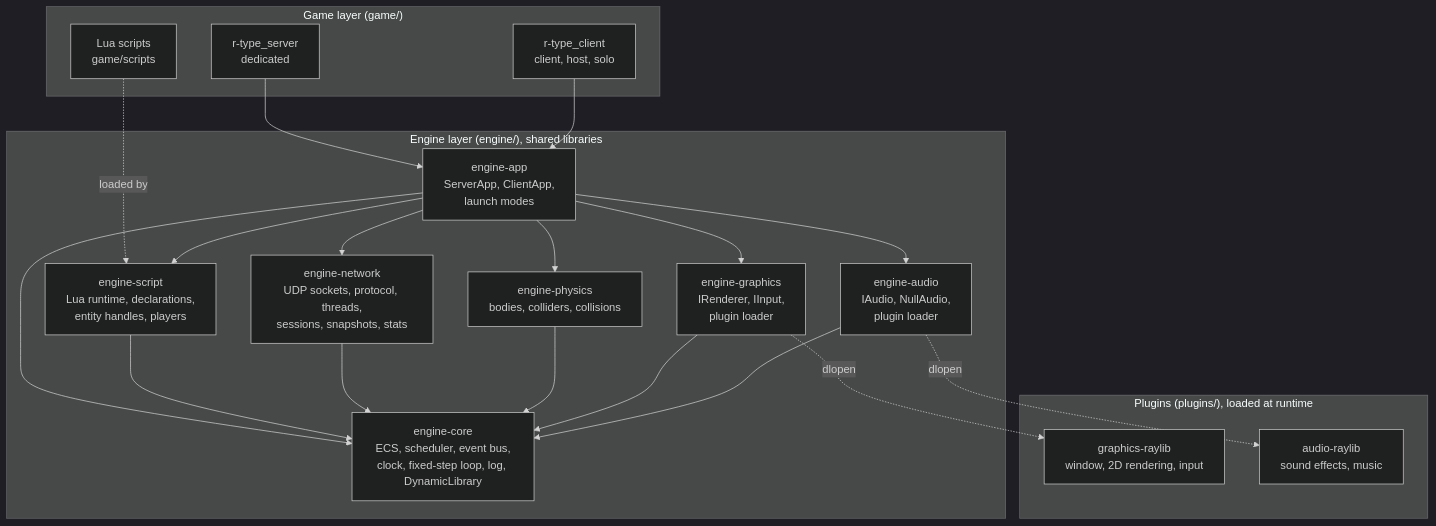
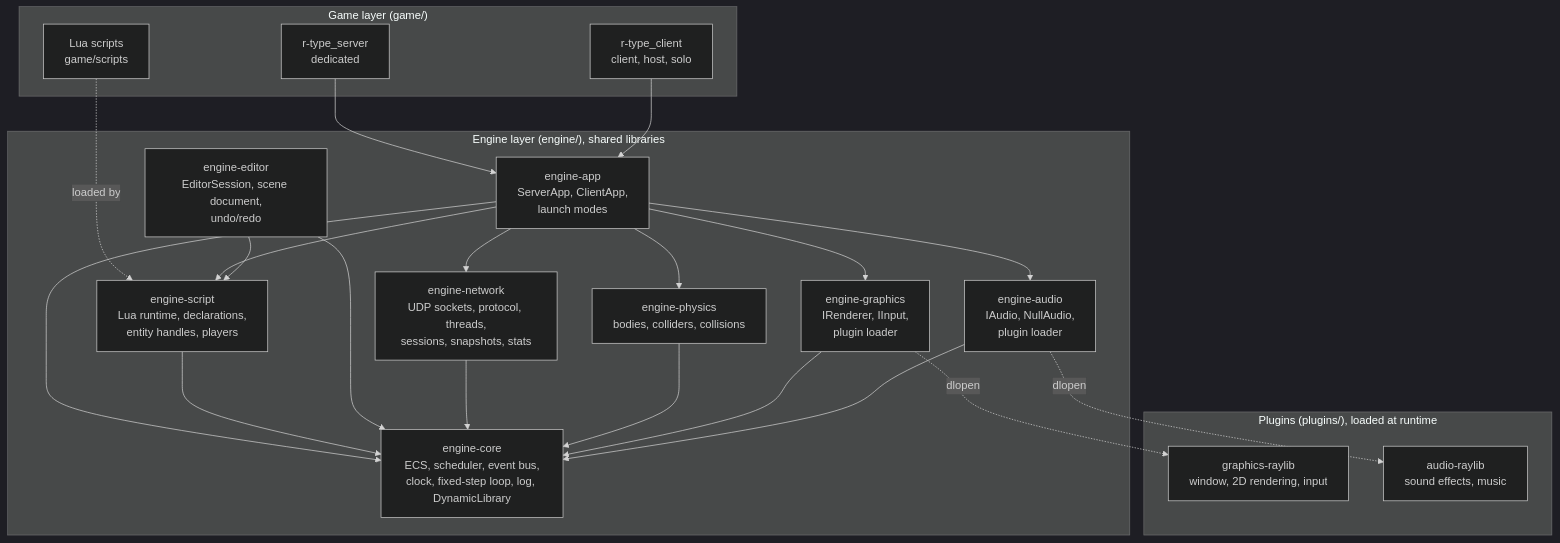
Before and after one commit to Saitamadupauvre/RType: the first of 4 diagrams in docs/architecture.md, drawn with Mermaid (dark theme). The commit also changed other lines of this file and 5 other files, not shown here.

Commit message:
docs: describe the editor backend and its script-side calls

````diff
--- a/docs/architecture.md
+++ b/docs/architecture.md
@@ -26,37 +26,40 @@
 ```mermaid
 flowchart TB
     subgraph Game["Game layer (game/)"]
         LUA["Lua scripts<br/>game/scripts"]
         SRV["r-type_server<br/>dedicated"]
         CLI["r-type_client<br/>client, host, solo"]
     end
     subgraph Engine["Engine layer (engine/), shared libraries"]
         APP["engine-app<br/>ServerApp, ClientApp,<br/>launch modes"]
         CORE["engine-core<br/>ECS, scheduler, event bus,<br/>clock, fixed-step loop, log, DynamicLibrary"]
         SCRIPT["engine-script<br/>Lua runtime, declarations,<br/>entity handles, players"]
         NET["engine-network<br/>UDP sockets, protocol, threads,<br/>sessions, snapshots, stats"]
         PHYS["engine-physics<br/>bodies, colliders, collisions"]
         GFX["engine-graphics<br/>IRenderer, IInput,<br/>plugin loader"]
         AUD["engine-audio<br/>IAudio, NullAudio,<br/>plugin loader"]
+        EDIT["engine-editor<br/>EditorSession, scene document,<br/>undo/redo"]
     end
     subgraph Plugins["Plugins (plugins/), loaded at runtime"]
         RAY["graphics-raylib<br/>window, 2D rendering, input"]
         RAU["audio-raylib<br/>sound effects, music"]
     end
     LUA -. loaded by .-> SCRIPT
     SRV --> APP
     CLI --> APP
     APP --> SCRIPT
     APP --> NET
     APP --> PHYS
     APP --> GFX
     APP --> AUD
     APP --> CORE
     SCRIPT --> CORE
+    EDIT --> SCRIPT
+    EDIT --> CORE
     NET --> CORE
     PHYS --> CORE
     GFX --> CORE
     GFX -. dlopen .-> RAY
     AUD --> CORE
     AUD -. dlopen .-> RAU
 ```
````
